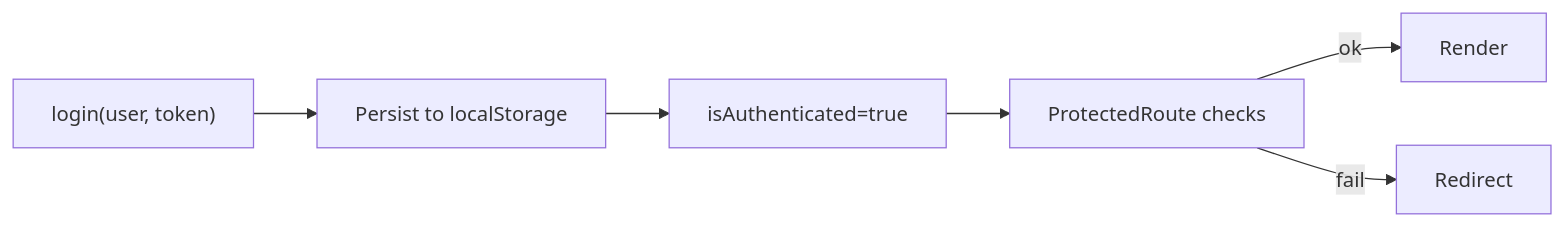
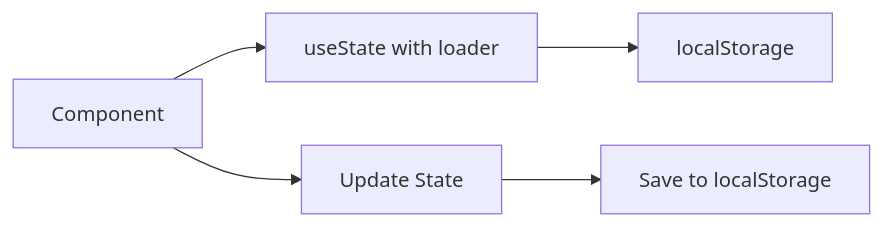
The sixth of 7 diagrams in docs/architecture/workflow-architecture.md (Software-House-Publishing/school-management), drawn with Mermaid before and after one commit. The commit also changed other lines of this file and 3 other files, not shown here.

````diff
--- a/docs/architecture/workflow-architecture.md
+++ b/docs/architecture/workflow-architecture.md
@@ -171,8 +329,7 @@
 ```mermaid
 flowchart LR
-  A["login(user, token)"] --> B["Persist to localStorage"]
-  B --> C["isAuthenticated=true"]
-  C --> D["ProtectedRoute checks"]
-  D -->|ok| E["Render"]
-  D -->|fail| F["Redirect"]
+  A[Component] --> B[useState with loader]
+  B --> C[localStorage]
+  A --> D[Update State]
+  D --> E[Save to localStorage]
 ```
````
